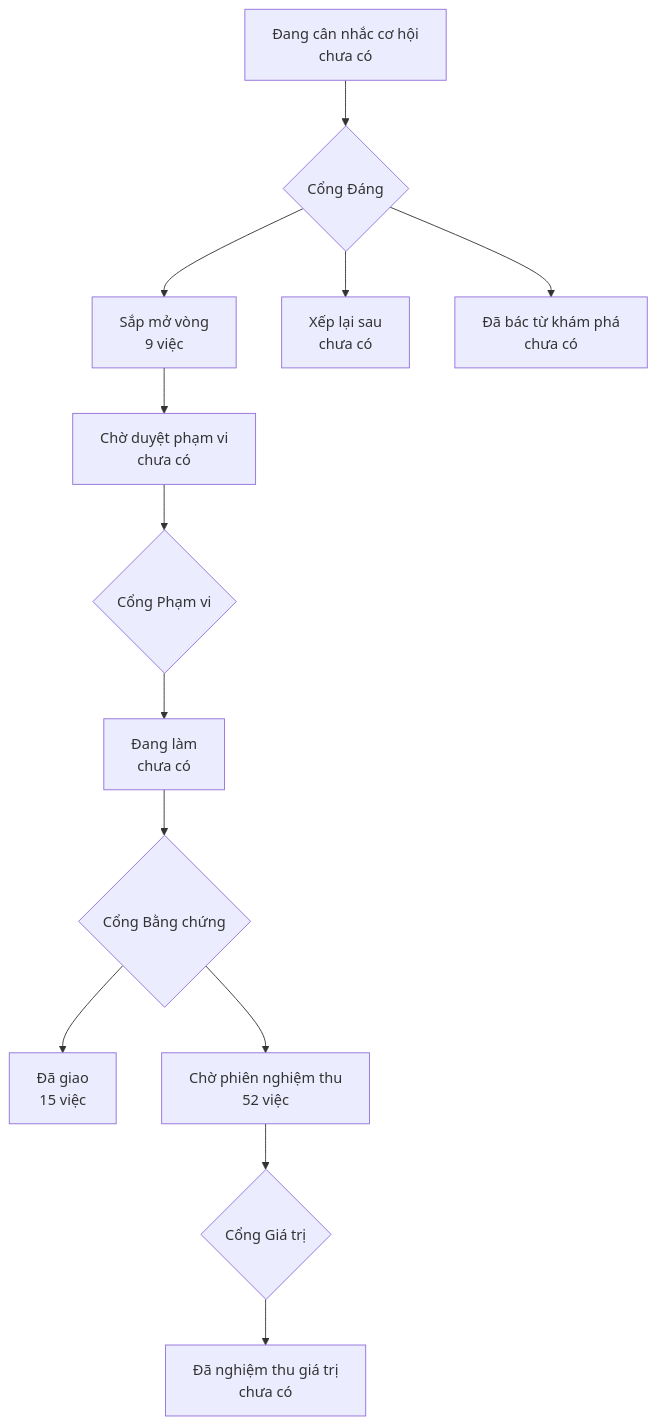
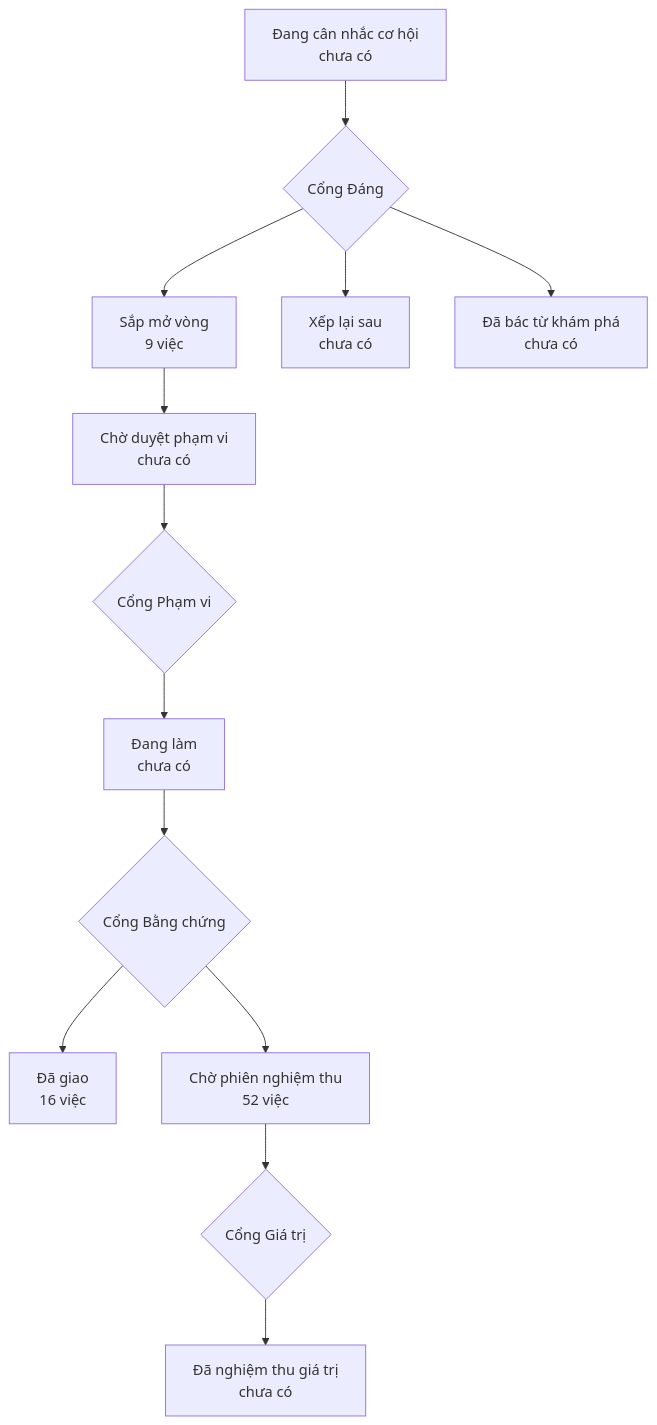
The diagram in PRODUCT-MAP.md (phanlemanh/onehub-inventory), drawn with Mermaid before and after one commit. The commit also changed other lines of this file and 1 other file, not shown here.

Commit message:
docs(lint-bo-qua-thu-muc-ngoai-git): redraw the product map and roadmap page for the cleared dossier

````diff
--- a/PRODUCT-MAP.md
+++ b/PRODUCT-MAP.md
@@ -7,12 +7,12 @@
 ```mermaid
 flowchart TD
   A["Đang cân nhắc cơ hội<br/>chưa có"] --> GD{"Cổng Đáng"}
   GD --> B["Sắp mở vòng<br/>9 việc"]
   GD --> XL["Xếp lại sau<br/>chưa có"]
   GD --> DB["Đã bác từ khám phá<br/>chưa có"]
   B --> CD["Chờ duyệt phạm vi<br/>chưa có"] --> GP{"Cổng Phạm vi"}
   GP --> DL["Đang làm<br/>chưa có"] --> GB{"Cổng Bằng chứng"}
-  GB --> DG["Đã giao<br/>15 việc"]
+  GB --> DG["Đã giao<br/>16 việc"]
   GB --> CN["Chờ phiên nghiệm thu<br/>52 việc"] --> GG{"Cổng Giá trị"}
   GG --> NT["Đã nghiệm thu giá trị<br/>chưa có"]
 ```
````
